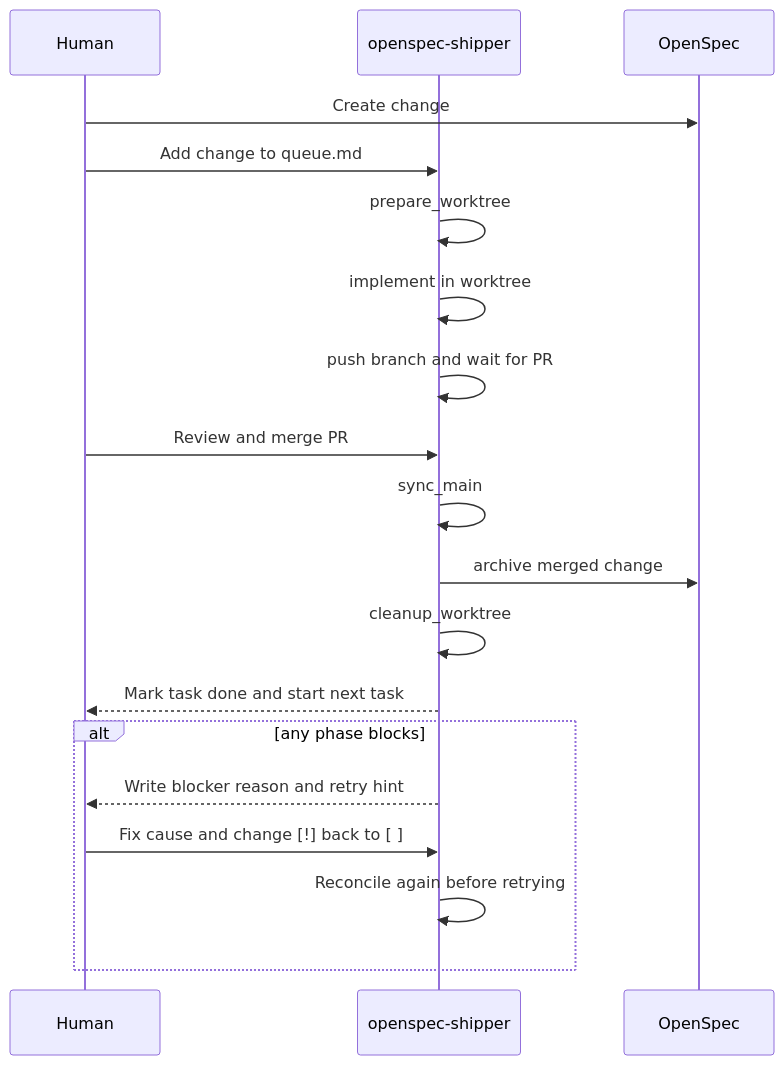
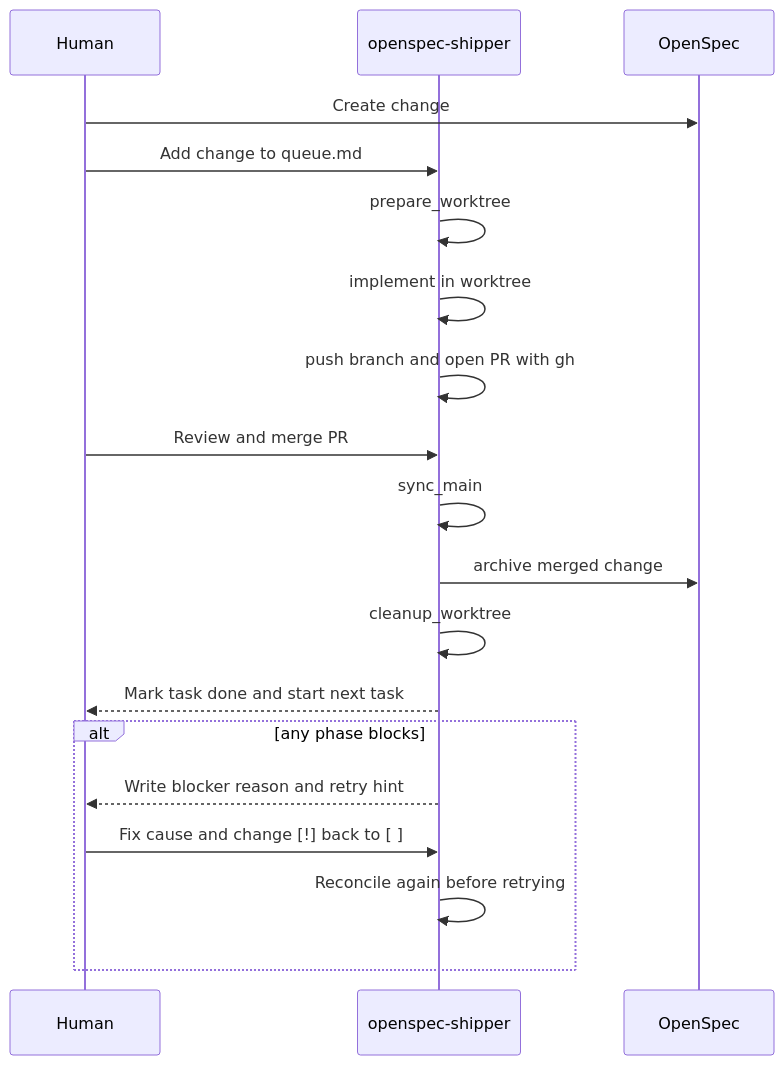
One commit to javigomez/openspec-shipper changed the diagram in README.md. Above: the diagram before and after it, drawn with Mermaid. The commit also changed other lines of this file and 29 other files, not shown here.

````diff
--- a/README.md
+++ b/README.md
@@ -203,23 +212,23 @@
 ```mermaid
 sequenceDiagram
   participant Human
   participant Shipper as openspec-shipper
   participant OpenSpec
 
   Human->>OpenSpec: Create change
   Human->>Shipper: Add change to queue.md
   Shipper->>Shipper: prepare_worktree
   Shipper->>Shipper: implement in worktree
-  Shipper->>Shipper: push branch and wait for PR
+  Shipper->>Shipper: push branch and open PR with gh
   Human->>Shipper: Review and merge PR
   Shipper->>Shipper: sync_main
   Shipper->>OpenSpec: archive merged change
   Shipper->>Shipper: cleanup_worktree
   Shipper-->>Human: Mark task done and start next task
 
   alt any phase blocks
     Shipper-->>Human: Write blocker reason and retry hint
     Human->>Shipper: Fix cause and change [!] back to [ ]
     Shipper->>Shipper: Reconcile again before retrying
   end
 ```
````
